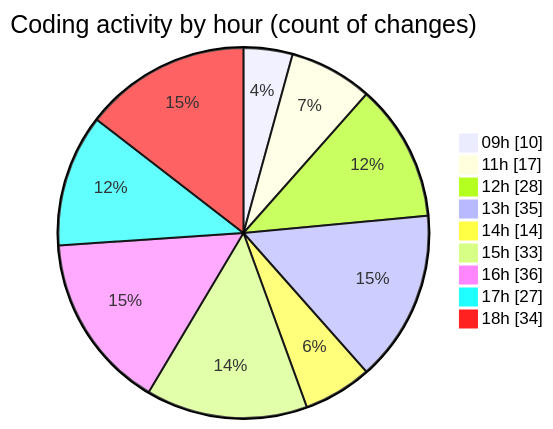
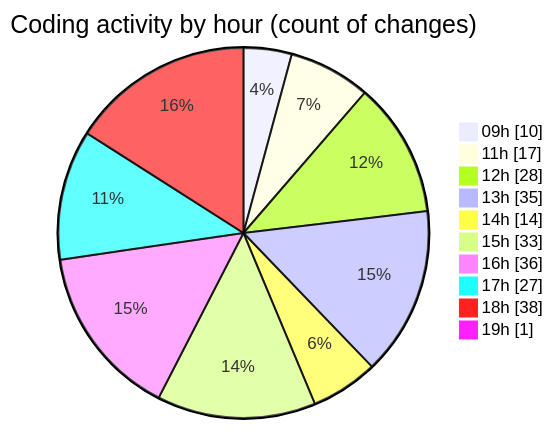
One commit to momahboobian/code-tracking changed the second of 2 diagrams in 2026-05-07/cda/README.md. Above: the diagram before and after it, drawn with Mermaid. The commit also changed other lines of this file and 1 other file, not shown here.

````diff
--- a/2026-05-07/cda/README.md
+++ b/2026-05-07/cda/README.md
@@ -58,13 +58,14 @@
 ```mermaid
 pie showData
 title Coding activity by hour (count of changes)
 "09h" : 10
 "11h" : 17
 "12h" : 28
 "13h" : 35
 "14h" : 14
 "15h" : 33
 "16h" : 36
 "17h" : 27
-"18h" : 34
+"18h" : 38
+"19h" : 1
 ```
````
